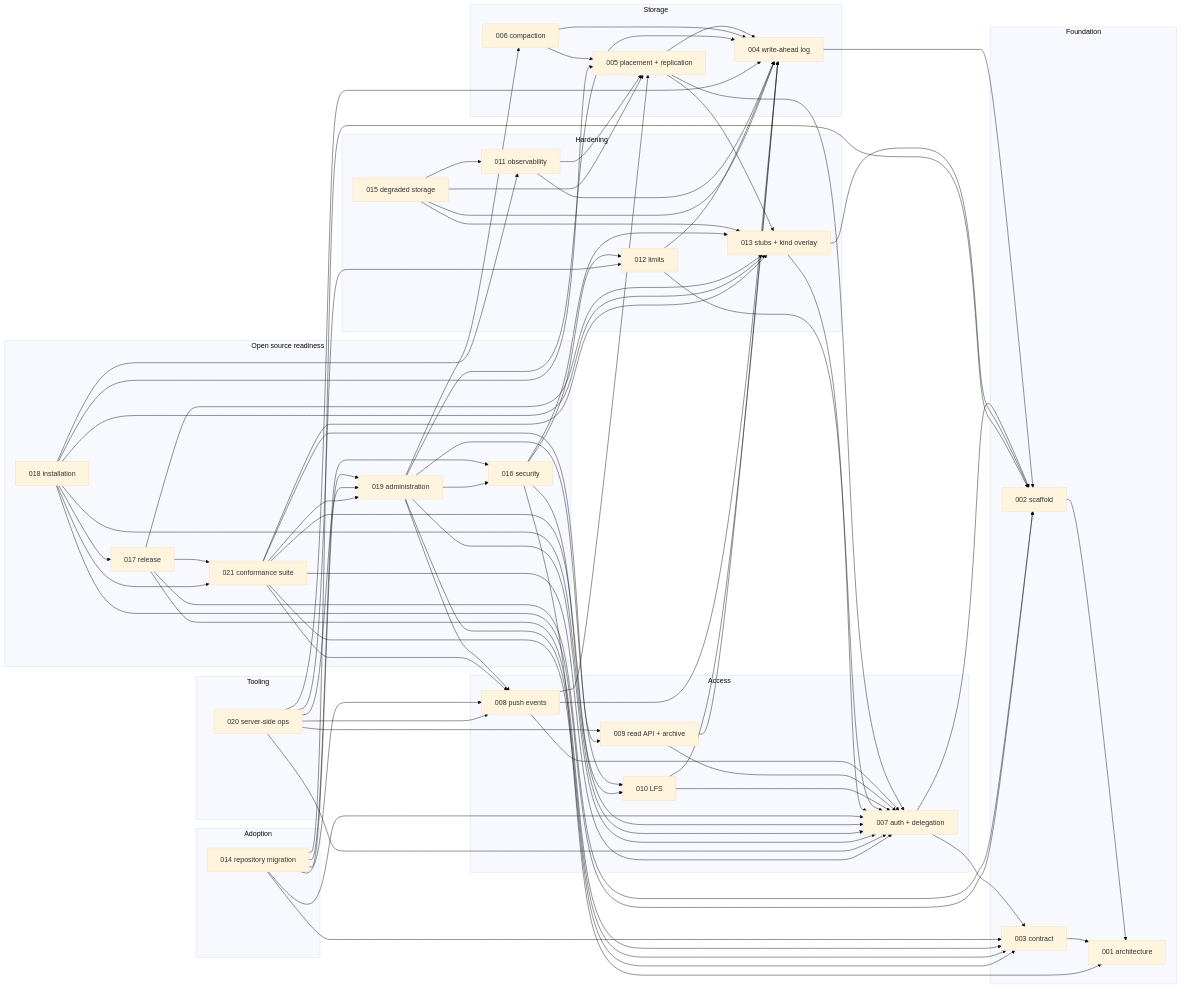
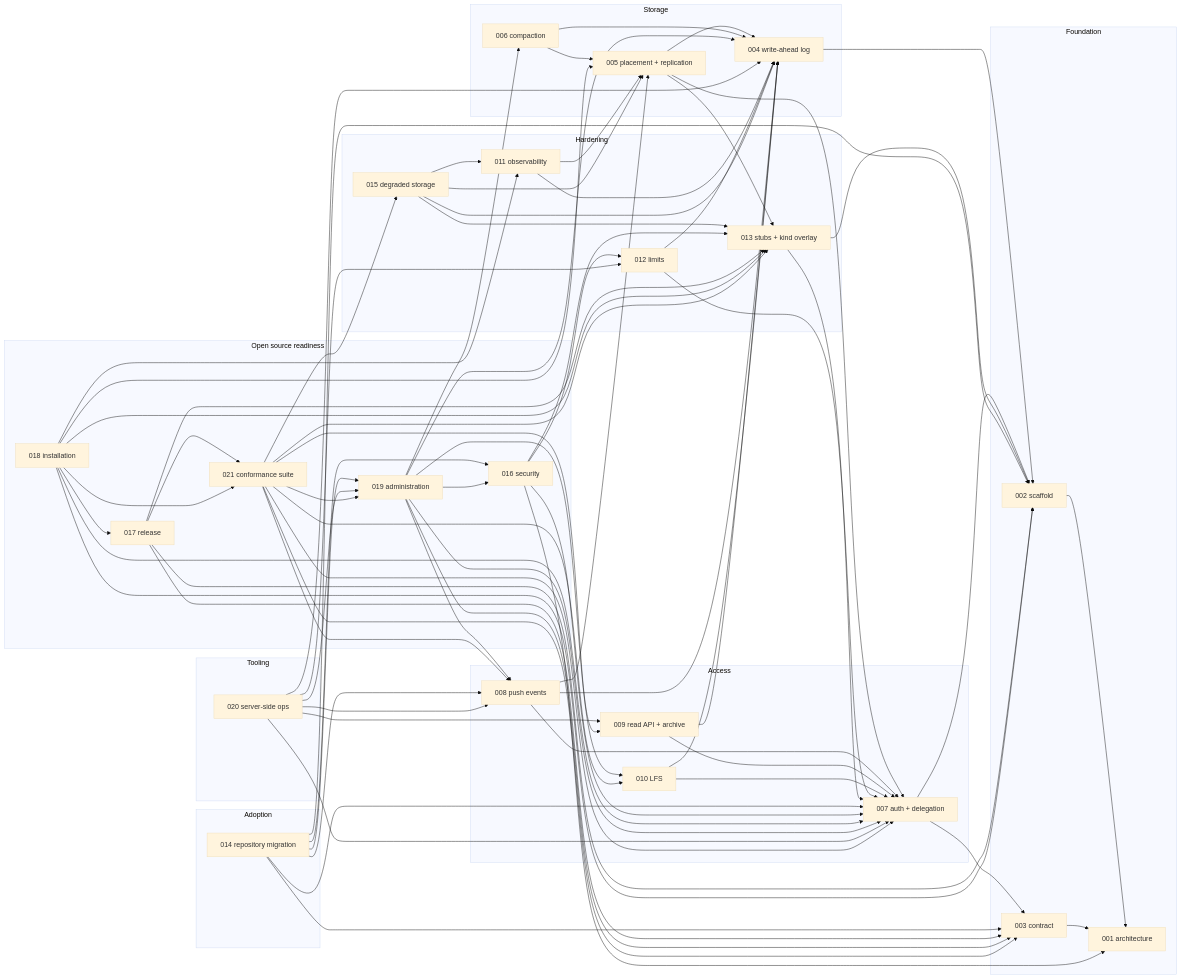
Before and after one commit to latere-ai/origo: the second of 2 diagrams in specs/README.md, drawn with Mermaid (base theme). The commit also changed other lines of this file and 1 other file, not shown here.

````diff
--- a/specs/README.md
+++ b/specs/README.md
@@ -172,5 +172,6 @@
   S021 --> S009
   S021 --> S010
   S021 --> S013
+  S021 --> S015
   S021 --> S019
 ```
````
